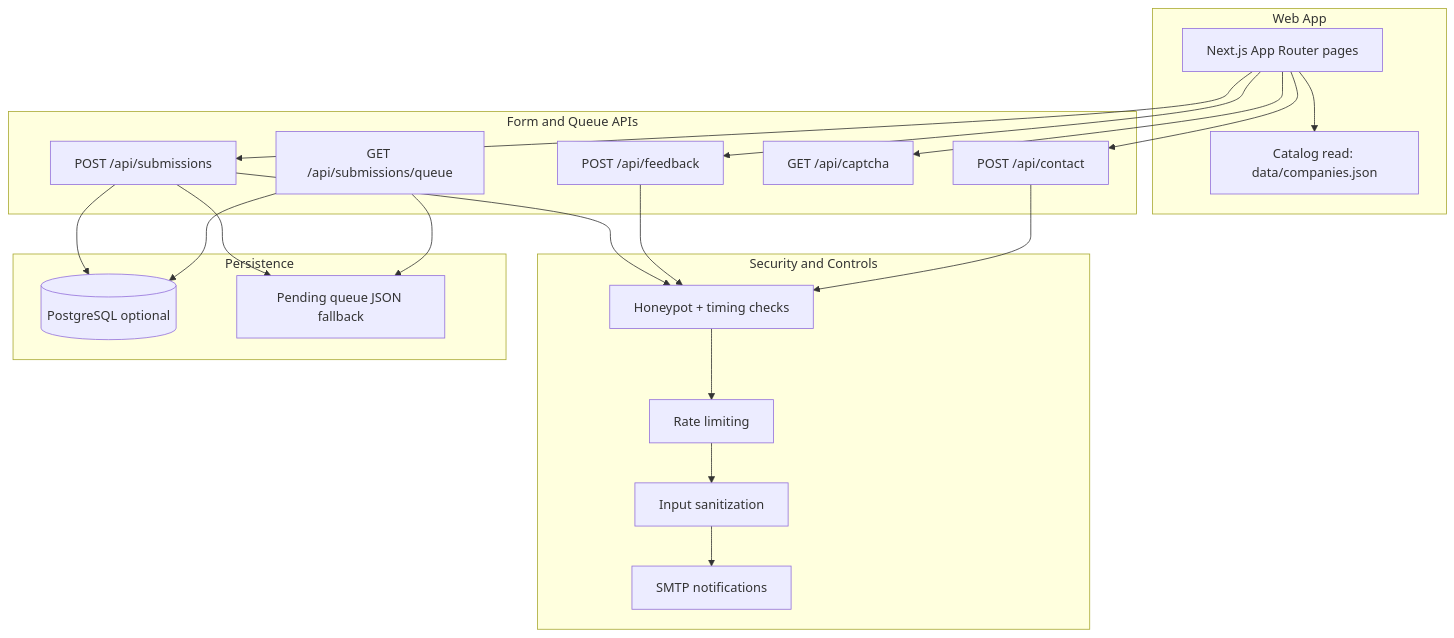
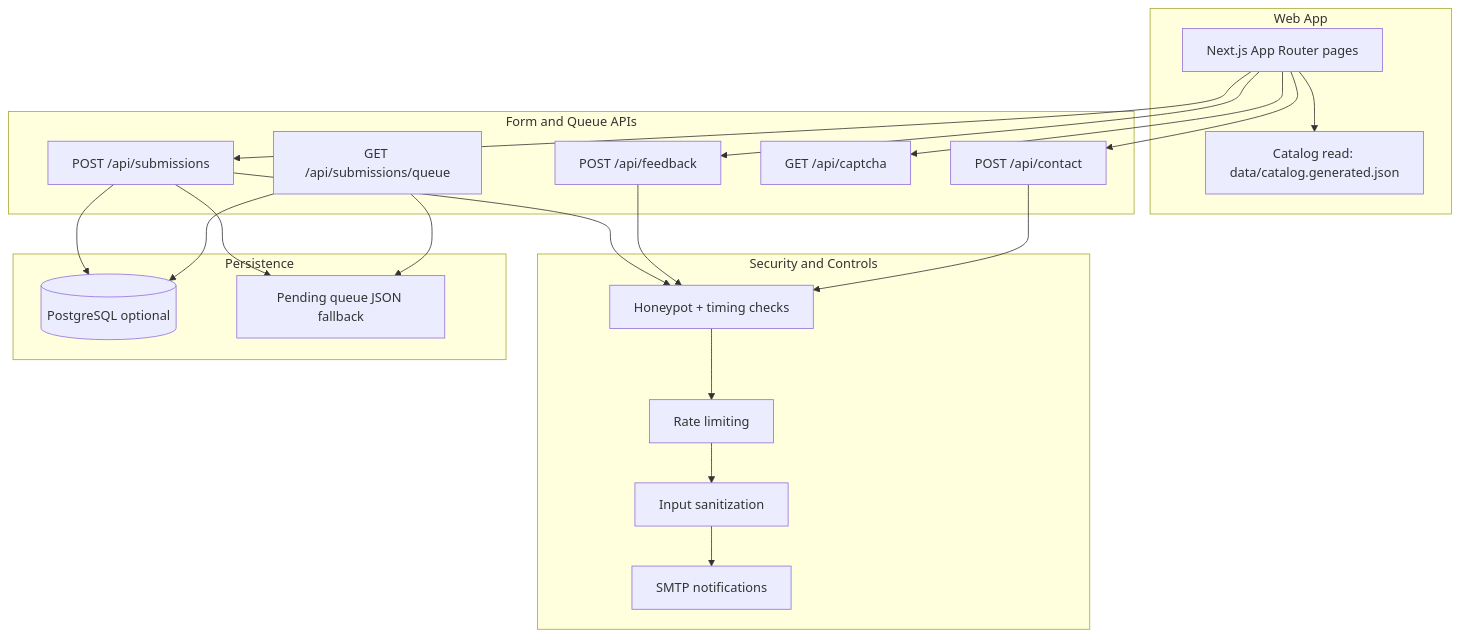
Before and after one commit to nuthanm/knowyourithub.com: the diagram in README.md, drawn with Mermaid. The commit also changed other lines of this file and 20 other files, not shown here.

````diff
--- a/README.md
+++ b/README.md
@@ -67,40 +69,40 @@
 ```mermaid
 flowchart TB
   subgraph Frontend["Web App"]
     UI["Next.js App Router pages"]
-    DATA["Catalog read: data/companies.json"]
+    DATA["Catalog read: data/catalog.generated.json"]
   end
 
   subgraph APIs["Form and Queue APIs"]
     SUBMIT["POST /api/submissions"]
     FEED["POST /api/feedback"]
     CONTACT["POST /api/contact"]
     CAPTCHA["GET /api/captcha"]
     QUEUE["GET /api/submissions/queue"]
   end
 
   subgraph Controls["Security and Controls"]
     BOT["Honeypot + timing checks"]
     LIMIT["Rate limiting"]
     SAN["Input sanitization"]
     MAIL["SMTP notifications"]
   end
 
   subgraph Storage["Persistence"]
     PG[("PostgreSQL optional")]
     JSONQ["Pending queue JSON fallback"]
   end
 
   UI --> DATA
   UI --> SUBMIT
   UI --> FEED
   UI --> CONTACT
   UI --> CAPTCHA
   SUBMIT --> BOT --> LIMIT --> SAN --> MAIL
   FEED --> BOT
   CONTACT --> BOT
   SUBMIT --> PG
   SUBMIT --> JSONQ
   QUEUE --> PG
   QUEUE --> JSONQ
 ```
````
